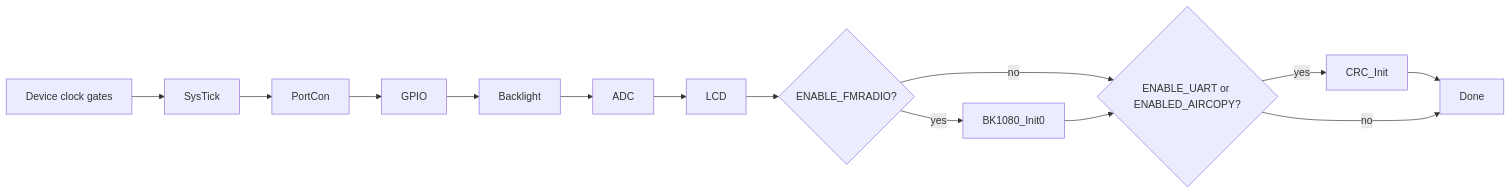
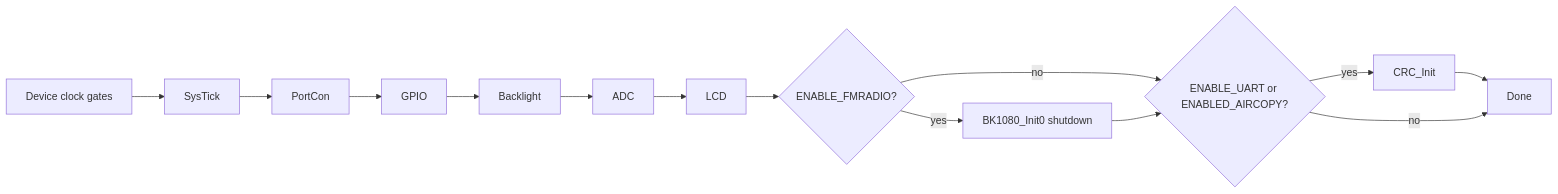
The diagram in docs/board-sequence.md (m0hdy/uv-k5-rust-firmware), drawn with Mermaid before and after one commit. The commit also changed 14 other files, not shown here.

````diff
--- a/docs/board-sequence.md
+++ b/docs/board-sequence.md
@@ -59,11 +59,11 @@
 ```mermaid
 flowchart LR
     Gates[Device clock gates] --> Tick[SysTick] --> Port[PortCon]
     Port --> GPIO --> Backlight --> ADC --> LCD
     LCD --> FM{ENABLE_FMRADIO?}
-    FM -- yes --> Receive[BK1080_Init0]
+    FM -- yes --> Receive[BK1080_Init0 shutdown]
     FM -- no --> CRC{ENABLE_UART or ENABLED_AIRCOPY?}
     Receive --> CRC
     CRC -- yes --> Init[CRC_Init] --> Done
     CRC -- no --> Done
 ```
````
